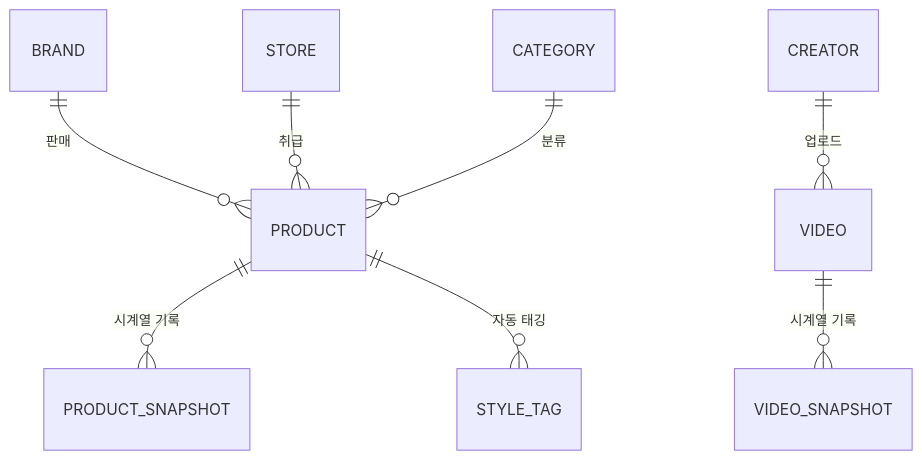
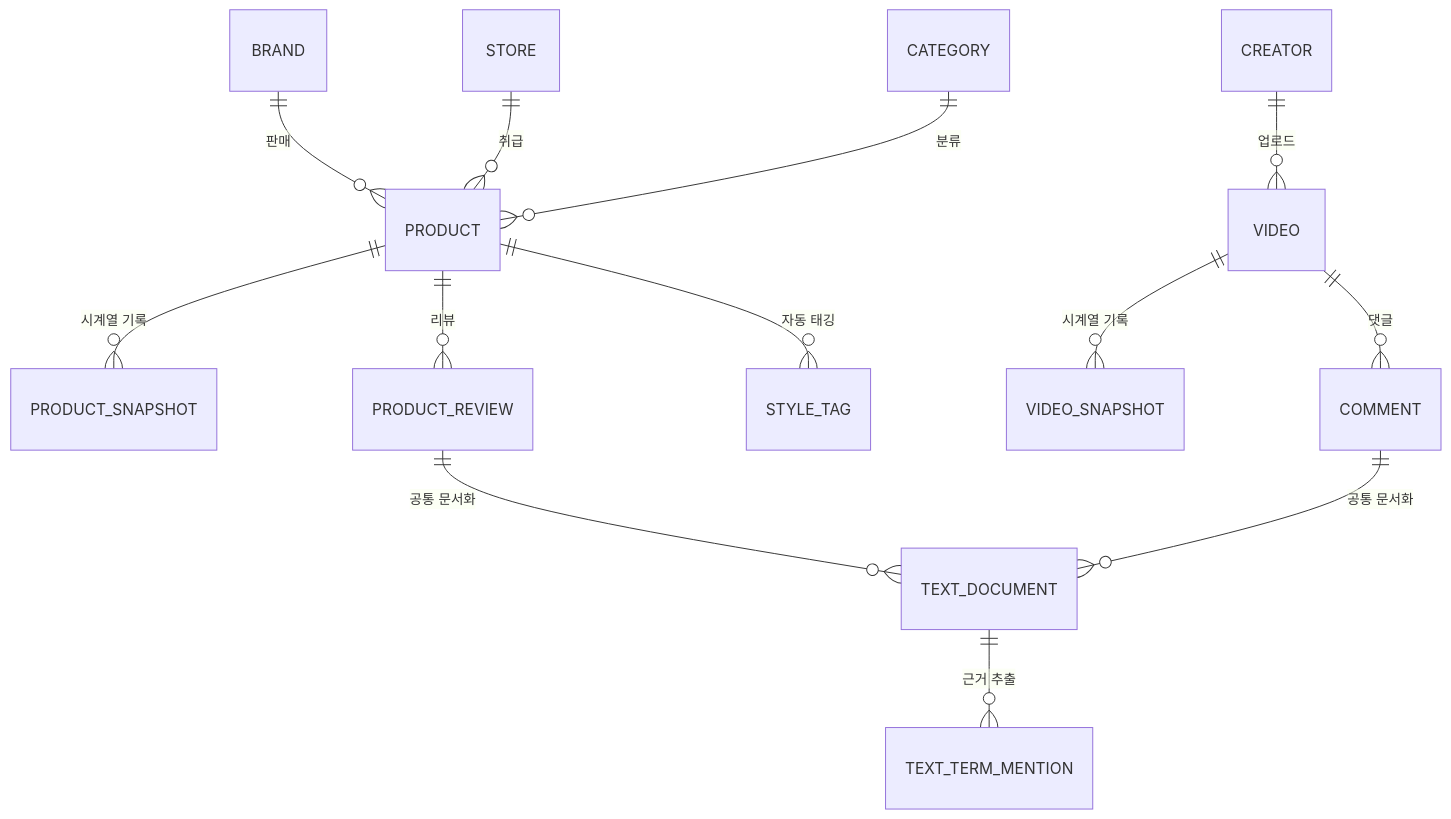
One commit to feedit-official/feedit changed the fifth of 5 diagrams in README.md. Above: the diagram before and after it, drawn with Mermaid. The commit also changed other lines of this file, not shown here.

````diff
--- a/README.md
+++ b/README.md
@@ -239,10 +317,15 @@
 ```mermaid
 erDiagram
     BRAND ||--o{ PRODUCT : "판매"
     STORE ||--o{ PRODUCT : "취급"
     CATEGORY ||--o{ PRODUCT : "분류"
     PRODUCT ||--o{ PRODUCT_SNAPSHOT : "시계열 기록"
+    PRODUCT ||--o{ PRODUCT_REVIEW : "리뷰"
     CREATOR ||--o{ VIDEO : "업로드"
     VIDEO ||--o{ VIDEO_SNAPSHOT : "시계열 기록"
+    VIDEO ||--o{ COMMENT : "댓글"
+    PRODUCT_REVIEW ||--o{ TEXT_DOCUMENT : "공통 문서화"
+    COMMENT ||--o{ TEXT_DOCUMENT : "공통 문서화"
+    TEXT_DOCUMENT ||--o{ TEXT_TERM_MENTION : "근거 추출"
     PRODUCT ||--o{ STYLE_TAG : "자동 태깅"
 ```
````
